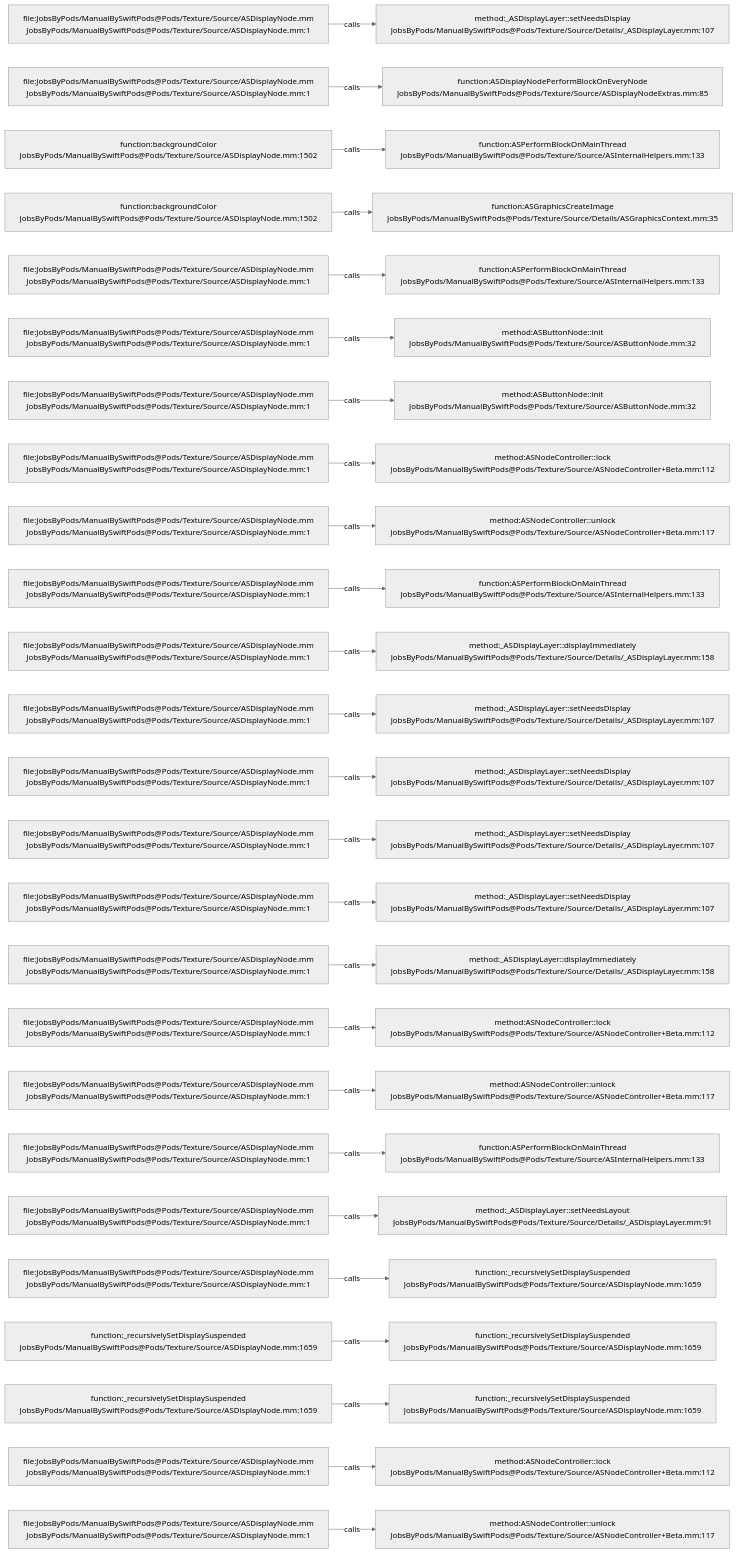
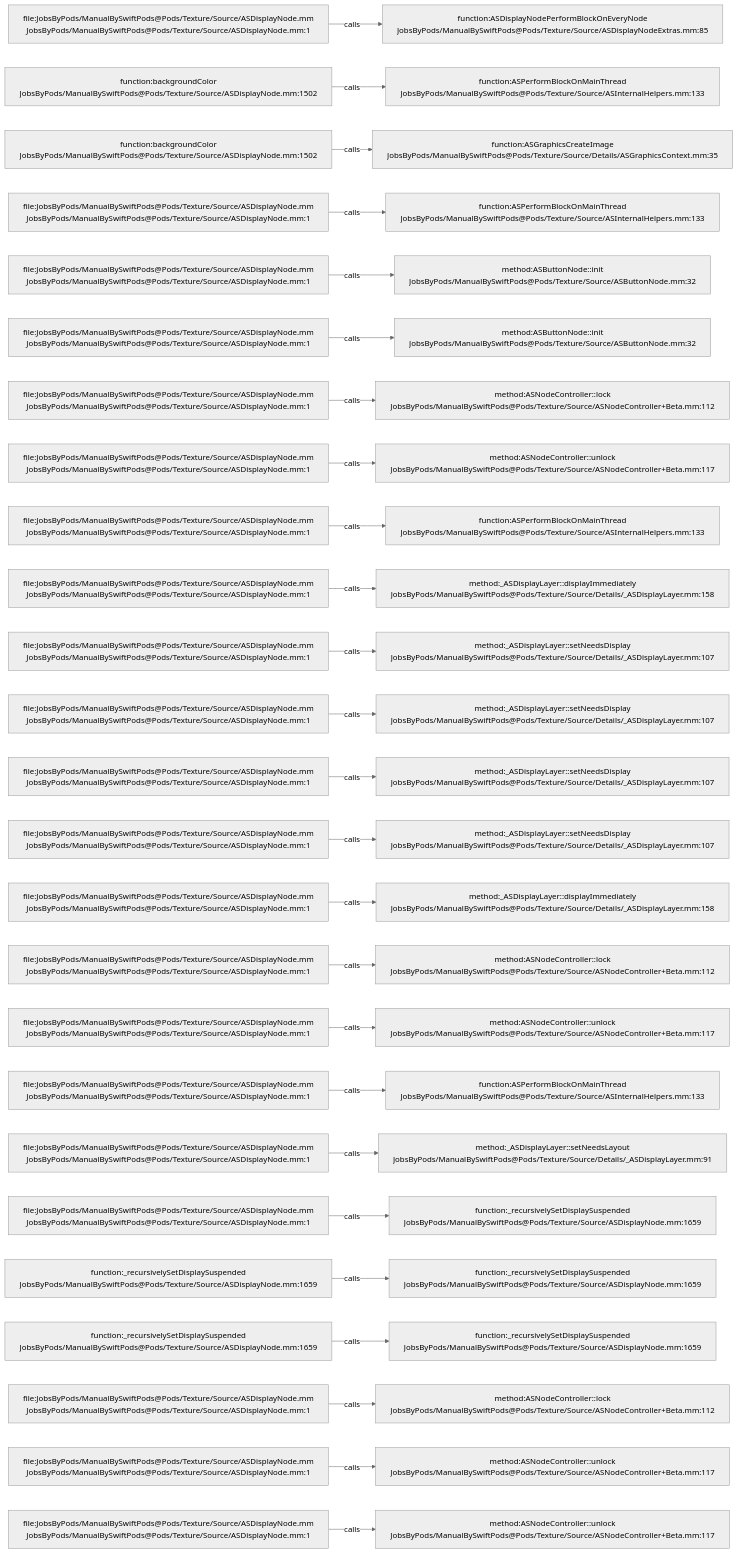
One commit to JobsKits/JobsSwiftBaseConfigDemo changed the diagram in .codegraph/codegraph.md/graphs/calls-030.md. Above: the diagram before and after it, drawn with Mermaid (neutral theme). The commit also changed 747 other files, not shown here.

````diff
--- a/.codegraph/codegraph.md/graphs/calls-030.md
+++ b/.codegraph/codegraph.md/graphs/calls-030.md
@@ -13,78 +13,78 @@
 ```mermaid
 flowchart LR
   S1["file:JobsByPods/ManualBySwiftPods@Pods/Texture/Source/ASDisplayNode.mm<br/>JobsByPods/ManualBySwiftPods@Pods/Texture/Source/ASDisplayNode.mm:1"]
-  T1["method:_ASDisplayLayer::setNeedsDisplay<br/>JobsByPods/ManualBySwiftPods@Pods/Texture/Source/Details/_ASDisplayLayer.mm:107"]
+  T1["function:ASDisplayNodePerformBlockOnEveryNode<br/>JobsByPods/ManualBySwiftPods@Pods/Texture/Source/ASDisplayNodeExtras.mm:85"]
   S1 -->|calls| T1
-  S2["file:JobsByPods/ManualBySwiftPods@Pods/Texture/Source/ASDisplayNode.mm<br/>JobsByPods/ManualBySwiftPods@Pods/Texture/Source/ASDisplayNode.mm:1"]
-  T2["function:ASDisplayNodePerformBlockOnEveryNode<br/>JobsByPods/ManualBySwiftPods@Pods/Texture/Source/ASDisplayNodeExtras.mm:85"]
+  S2["function:backgroundColor<br/>JobsByPods/ManualBySwiftPods@Pods/Texture/Source/ASDisplayNode.mm:1502"]
+  T2["function:ASPerformBlockOnMainThread<br/>JobsByPods/ManualBySwiftPods@Pods/Texture/Source/ASInternalHelpers.mm:133"]
   S2 -->|calls| T2
   S3["function:backgroundColor<br/>JobsByPods/ManualBySwiftPods@Pods/Texture/Source/ASDisplayNode.mm:1502"]
-  T3["function:ASPerformBlockOnMainThread<br/>JobsByPods/ManualBySwiftPods@Pods/Texture/Source/ASInternalHelpers.mm:133"]
+  T3["function:ASGraphicsCreateImage<br/>JobsByPods/ManualBySwiftPods@Pods/Texture/Source/Details/ASGraphicsContext.mm:35"]
   S3 -->|calls| T3
-  S4["function:backgroundColor<br/>JobsByPods/ManualBySwiftPods@Pods/Texture/Source/ASDisplayNode.mm:1502"]
-  T4["function:ASGraphicsCreateImage<br/>JobsByPods/ManualBySwiftPods@Pods/Texture/Source/Details/ASGraphicsContext.mm:35"]
+  S4["file:JobsByPods/ManualBySwiftPods@Pods/Texture/Source/ASDisplayNode.mm<br/>JobsByPods/ManualBySwiftPods@Pods/Texture/Source/ASDisplayNode.mm:1"]
+  T4["function:ASPerformBlockOnMainThread<br/>JobsByPods/ManualBySwiftPods@Pods/Texture/Source/ASInternalHelpers.mm:133"]
   S4 -->|calls| T4
   S5["file:JobsByPods/ManualBySwiftPods@Pods/Texture/Source/ASDisplayNode.mm<br/>JobsByPods/ManualBySwiftPods@Pods/Texture/Source/ASDisplayNode.mm:1"]
-  T5["function:ASPerformBlockOnMainThread<br/>JobsByPods/ManualBySwiftPods@Pods/Texture/Source/ASInternalHelpers.mm:133"]
+  T5["method:ASButtonNode::init<br/>JobsByPods/ManualBySwiftPods@Pods/Texture/Source/ASButtonNode.mm:32"]
   S5 -->|calls| T5
   S6["file:JobsByPods/ManualBySwiftPods@Pods/Texture/Source/ASDisplayNode.mm<br/>JobsByPods/ManualBySwiftPods@Pods/Texture/Source/ASDisplayNode.mm:1"]
   T6["method:ASButtonNode::init<br/>JobsByPods/ManualBySwiftPods@Pods/Texture/Source/ASButtonNode.mm:32"]
   S6 -->|calls| T6
   S7["file:JobsByPods/ManualBySwiftPods@Pods/Texture/Source/ASDisplayNode.mm<br/>JobsByPods/ManualBySwiftPods@Pods/Texture/Source/ASDisplayNode.mm:1"]
-  T7["method:ASButtonNode::init<br/>JobsByPods/ManualBySwiftPods@Pods/Texture/Source/ASButtonNode.mm:32"]
+  T7["method:ASNodeController::lock<br/>JobsByPods/ManualBySwiftPods@Pods/Texture/Source/ASNodeController+Beta.mm:112"]
   S7 -->|calls| T7
   S8["file:JobsByPods/ManualBySwiftPods@Pods/Texture/Source/ASDisplayNode.mm<br/>JobsByPods/ManualBySwiftPods@Pods/Texture/Source/ASDisplayNode.mm:1"]
-  T8["method:ASNodeController::lock<br/>JobsByPods/ManualBySwiftPods@Pods/Texture/Source/ASNodeController+Beta.mm:112"]
+  T8["method:ASNodeController::unlock<br/>JobsByPods/ManualBySwiftPods@Pods/Texture/Source/ASNodeController+Beta.mm:117"]
   S8 -->|calls| T8
   S9["file:JobsByPods/ManualBySwiftPods@Pods/Texture/Source/ASDisplayNode.mm<br/>JobsByPods/ManualBySwiftPods@Pods/Texture/Source/ASDisplayNode.mm:1"]
-  T9["method:ASNodeController::unlock<br/>JobsByPods/ManualBySwiftPods@Pods/Texture/Source/ASNodeController+Beta.mm:117"]
+  T9["function:ASPerformBlockOnMainThread<br/>JobsByPods/ManualBySwiftPods@Pods/Texture/Source/ASInternalHelpers.mm:133"]
   S9 -->|calls| T9
   S10["file:JobsByPods/ManualBySwiftPods@Pods/Texture/Source/ASDisplayNode.mm<br/>JobsByPods/ManualBySwiftPods@Pods/Texture/Source/ASDisplayNode.mm:1"]
-  T10["function:ASPerformBlockOnMainThread<br/>JobsByPods/ManualBySwiftPods@Pods/Texture/Source/ASInternalHelpers.mm:133"]
+  T10["method:_ASDisplayLayer::displayImmediately<br/>JobsByPods/ManualBySwiftPods@Pods/Texture/Source/Details/_ASDisplayLayer.mm:158"]
   S10 -->|calls| T10
   S11["file:JobsByPods/ManualBySwiftPods@Pods/Texture/Source/ASDisplayNode.mm<br/>JobsByPods/ManualBySwiftPods@Pods/Texture/Source/ASDisplayNode.mm:1"]
-  T11["method:_ASDisplayLayer::displayImmediately<br/>JobsByPods/ManualBySwiftPods@Pods/Texture/Source/Details/_ASDisplayLayer.mm:158"]
+  T11["method:_ASDisplayLayer::setNeedsDisplay<br/>JobsByPods/ManualBySwiftPods@Pods/Texture/Source/Details/_ASDisplayLayer.mm:107"]
   S11 -->|calls| T11
   S12["file:JobsByPods/ManualBySwiftPods@Pods/Texture/Source/ASDisplayNode.mm<br/>JobsByPods/ManualBySwiftPods@Pods/Texture/Source/ASDisplayNode.mm:1"]
   T12["method:_ASDisplayLayer::setNeedsDisplay<br/>JobsByPods/ManualBySwiftPods@Pods/Texture/Source/Details/_ASDisplayLayer.mm:107"]
   S12 -->|calls| T12
   S13["file:JobsByPods/ManualBySwiftPods@Pods/Texture/Source/ASDisplayNode.mm<br/>JobsByPods/ManualBySwiftPods@Pods/Texture/Source/ASDisplayNode.mm:1"]
   T13["method:_ASDisplayLayer::setNeedsDisplay<br/>JobsByPods/ManualBySwiftPods@Pods/Texture/Source/Details/_ASDisplayLayer.mm:107"]
   S13 -->|calls| T13
   S14["file:JobsByPods/ManualBySwiftPods@Pods/Texture/Source/ASDisplayNode.mm<br/>JobsByPods/ManualBySwiftPods@Pods/Texture/Source/ASDisplayNode.mm:1"]
   T14["method:_ASDisplayLayer::setNeedsDisplay<br/>JobsByPods/ManualBySwiftPods@Pods/Texture/Source/Details/_ASDisplayLayer.mm:107"]
   S14 -->|calls| T14
   S15["file:JobsByPods/ManualBySwiftPods@Pods/Texture/Source/ASDisplayNode.mm<br/>JobsByPods/ManualBySwiftPods@Pods/Texture/Source/ASDisplayNode.mm:1"]
-  T15["method:_ASDisplayLayer::setNeedsDisplay<br/>JobsByPods/ManualBySwiftPods@Pods/Texture/Source/Details/_ASDisplayLayer.mm:107"]
+  T15["method:_ASDisplayLayer::displayImmediately<br/>JobsByPods/ManualBySwiftPods@Pods/Texture/Source/Details/_ASDisplayLayer.mm:158"]
   S15 -->|calls| T15
   S16["file:JobsByPods/ManualBySwiftPods@Pods/Texture/Source/ASDisplayNode.mm<br/>JobsByPods/ManualBySwiftPods@Pods/Texture/Source/ASDisplayNode.mm:1"]
-  T16["method:_ASDisplayLayer::displayImmediately<br/>JobsByPods/ManualBySwiftPods@Pods/Texture/Source/Details/_ASDisplayLayer.mm:158"]
+  T16["method:ASNodeController::lock<br/>JobsByPods/ManualBySwiftPods@Pods/Texture/Source/ASNodeController+Beta.mm:112"]
   S16 -->|calls| T16
   S17["file:JobsByPods/ManualBySwiftPods@Pods/Texture/Source/ASDisplayNode.mm<br/>JobsByPods/ManualBySwiftPods@Pods/Texture/Source/ASDisplayNode.mm:1"]
-  T17["method:ASNodeController::lock<br/>JobsByPods/ManualBySwiftPods@Pods/Texture/Source/ASNodeController+Beta.mm:112"]
+  T17["method:ASNodeController::unlock<br/>JobsByPods/ManualBySwiftPods@Pods/Texture/Source/ASNodeController+Beta.mm:117"]
   S17 -->|calls| T17
   S18["file:JobsByPods/ManualBySwiftPods@Pods/Texture/Source/ASDisplayNode.mm<br/>JobsByPods/ManualBySwiftPods@Pods/Texture/Source/ASDisplayNode.mm:1"]
-  T18["method:ASNodeController::unlock<br/>JobsByPods/ManualBySwiftPods@Pods/Texture/Source/ASNodeController+Beta.mm:117"]
+  T18["function:ASPerformBlockOnMainThread<br/>JobsByPods/ManualBySwiftPods@Pods/Texture/Source/ASInternalHelpers.mm:133"]
   S18 -->|calls| T18
   S19["file:JobsByPods/ManualBySwiftPods@Pods/Texture/Source/ASDisplayNode.mm<br/>JobsByPods/ManualBySwiftPods@Pods/Texture/Source/ASDisplayNode.mm:1"]
-  T19["function:ASPerformBlockOnMainThread<br/>JobsByPods/ManualBySwiftPods@Pods/Texture/Source/ASInternalHelpers.mm:133"]
+  T19["method:_ASDisplayLayer::setNeedsLayout<br/>JobsByPods/ManualBySwiftPods@Pods/Texture/Source/Details/_ASDisplayLayer.mm:91"]
   S19 -->|calls| T19
   S20["file:JobsByPods/ManualBySwiftPods@Pods/Texture/Source/ASDisplayNode.mm<br/>JobsByPods/ManualBySwiftPods@Pods/Texture/Source/ASDisplayNode.mm:1"]
-  T20["method:_ASDisplayLayer::setNeedsLayout<br/>JobsByPods/ManualBySwiftPods@Pods/Texture/Source/Details/_ASDisplayLayer.mm:91"]
+  T20["function:_recursivelySetDisplaySuspended<br/>JobsByPods/ManualBySwiftPods@Pods/Texture/Source/ASDisplayNode.mm:1659"]
   S20 -->|calls| T20
-  S21["file:JobsByPods/ManualBySwiftPods@Pods/Texture/Source/ASDisplayNode.mm<br/>JobsByPods/ManualBySwiftPods@Pods/Texture/Source/ASDisplayNode.mm:1"]
+  S21["function:_recursivelySetDisplaySuspended<br/>JobsByPods/ManualBySwiftPods@Pods/Texture/Source/ASDisplayNode.mm:1659"]
   T21["function:_recursivelySetDisplaySuspended<br/>JobsByPods/ManualBySwiftPods@Pods/Texture/Source/ASDisplayNode.mm:1659"]
   S21 -->|calls| T21
   S22["function:_recursivelySetDisplaySuspended<br/>JobsByPods/ManualBySwiftPods@Pods/Texture/Source/ASDisplayNode.mm:1659"]
   T22["function:_recursivelySetDisplaySuspended<br/>JobsByPods/ManualBySwiftPods@Pods/Texture/Source/ASDisplayNode.mm:1659"]
   S22 -->|calls| T22
-  S23["function:_recursivelySetDisplaySuspended<br/>JobsByPods/ManualBySwiftPods@Pods/Texture/Source/ASDisplayNode.mm:1659"]
-  T23["function:_recursivelySetDisplaySuspended<br/>JobsByPods/ManualBySwiftPods@Pods/Texture/Source/ASDisplayNode.mm:1659"]
+  S23["file:JobsByPods/ManualBySwiftPods@Pods/Texture/Source/ASDisplayNode.mm<br/>JobsByPods/ManualBySwiftPods@Pods/Texture/Source/ASDisplayNode.mm:1"]
+  T23["method:ASNodeController::lock<br/>JobsByPods/ManualBySwiftPods@Pods/Texture/Source/ASNodeController+Beta.mm:112"]
   S23 -->|calls| T23
   S24["file:JobsByPods/ManualBySwiftPods@Pods/Texture/Source/ASDisplayNode.mm<br/>JobsByPods/ManualBySwiftPods@Pods/Texture/Source/ASDisplayNode.mm:1"]
-  T24["method:ASNodeController::lock<br/>JobsByPods/ManualBySwiftPods@Pods/Texture/Source/ASNodeController+Beta.mm:112"]
+  T24["method:ASNodeController::unlock<br/>JobsByPods/ManualBySwiftPods@Pods/Texture/Source/ASNodeController+Beta.mm:117"]
   S24 -->|calls| T24
   S25["file:JobsByPods/ManualBySwiftPods@Pods/Texture/Source/ASDisplayNode.mm<br/>JobsByPods/ManualBySwiftPods@Pods/Texture/Source/ASDisplayNode.mm:1"]
   T25["method:ASNodeController::unlock<br/>JobsByPods/ManualBySwiftPods@Pods/Texture/Source/ASNodeController+Beta.mm:117"]
   S25 -->|calls| T25
 ```
````
